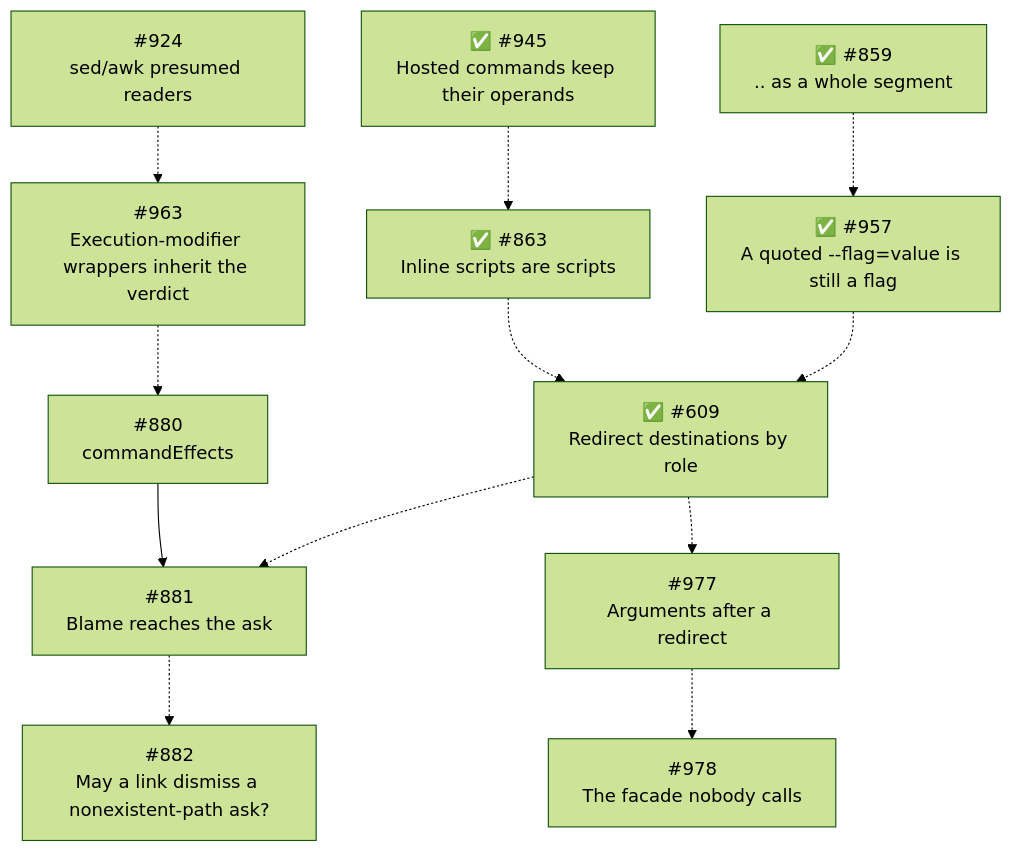
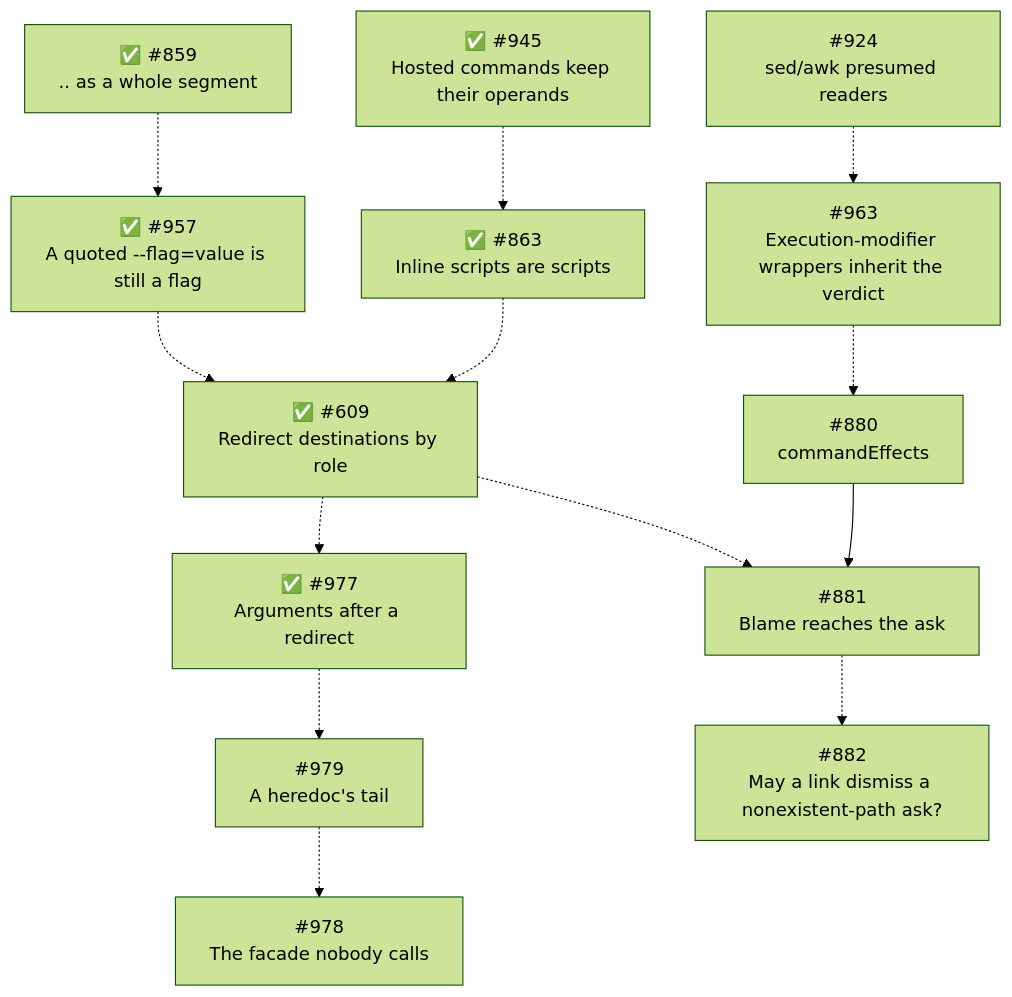
The fourth of 4 diagrams in docs/architecture/architecture.md (xzzpig/pi-extensions), drawn with Mermaid (forest theme) before and after one commit. The commit also changed other lines of this file and 31 other files, not shown here.

````diff
--- a/docs/architecture/architecture.md
+++ b/docs/architecture/architecture.md
@@ -1542,14 +1565,15 @@
 ```mermaid
 flowchart TD
     S945["✅ #945<br/>Hosted commands keep their operands"] -.-> S863["✅ #863<br/>Inline scripts are scripts"]
     S863 -.-> S609["✅ #609<br/>Redirect destinations by role"]
     S859["✅ #859<br/>.. as a whole segment"] -.-> S957["✅ #957<br/>A quoted --flag=value is still a flag"]
     S957 -.-> S609
     S924["#924<br/>sed/awk presumed readers"] -.-> S963["#963<br/>Execution-modifier wrappers inherit the verdict"]
     S963 -.-> S880["#880<br/>commandEffects"]
     S880 --> S881["#881<br/>Blame reaches the ask"]
     S609 -.-> S881
-    S609 -.-> S977["#977<br/>Arguments after a redirect"]
-    S977 -.-> S978["#978<br/>The facade nobody calls"]
+    S609 -.-> S977["✅ #977<br/>Arguments after a redirect"]
+    S977 -.-> S979["#979<br/>A heredoc's tail"]
+    S979 -.-> S978["#978<br/>The facade nobody calls"]
     S881 -.-> S882["#882<br/>May a link dismiss a nonexistent-path ask?"]
 ```
````
